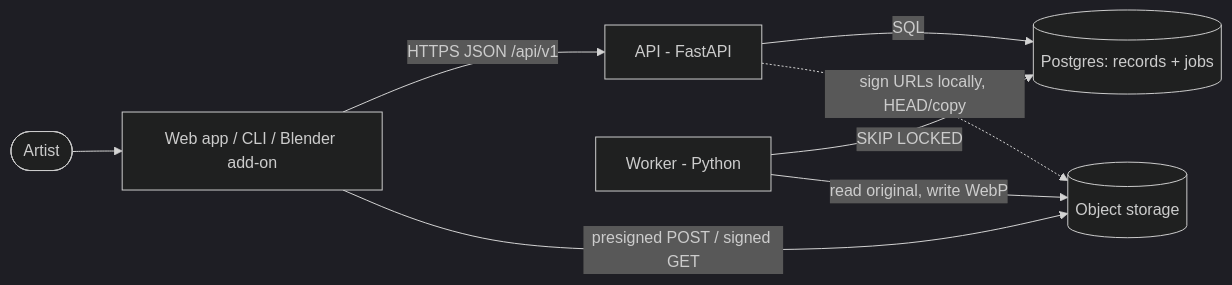
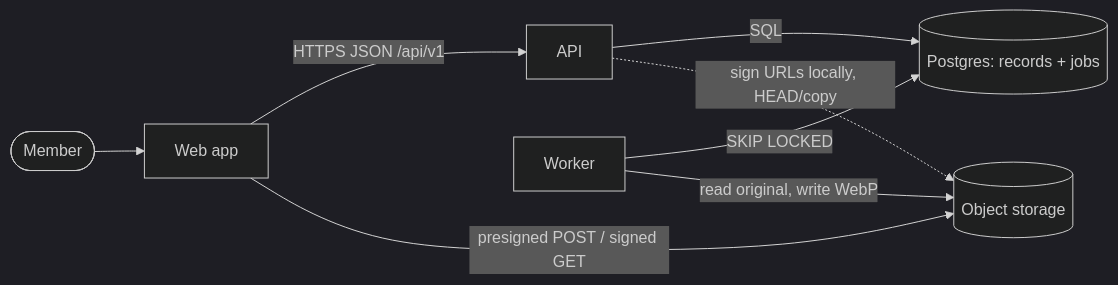
Before and after one commit to deputychinh/Skills: the diagram in skills/system-design/references/worked-example-assets.md, drawn with Mermaid (dark theme). The commit also changed other lines of this file and 17 other files, not shown here.

````diff
--- a/skills/system-design/references/worked-example-assets.md
+++ b/skills/system-design/references/worked-example-assets.md
@@ -72,10 +74,10 @@
 ```mermaid
 flowchart LR
-  artist([Artist]) --> web[Web app / CLI / Blender add-on]
-  web -->|HTTPS JSON /api/v1| api[API - FastAPI]
+  member([Member]) --> web[Web app]
+  web -->|HTTPS JSON /api/v1| api[API]
   web -->|presigned POST / signed GET| s3[(Object storage)]
   api -->|SQL| db[(Postgres: records + jobs)]
   api -.->|sign URLs locally, HEAD/copy| s3
-  worker[Worker - Python] -->|SKIP LOCKED| db
+  worker[Worker] -->|SKIP LOCKED| db
   worker -->|read original, write WebP| s3
 ```
````
